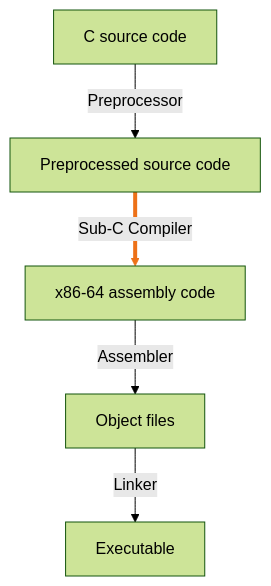
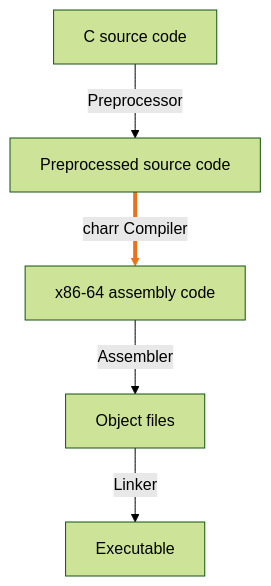
One commit to joshuanunn/charr changed the diagram in README.md. Above: the diagram before and after it, drawn with Mermaid. The commit also changed other lines of this file and 14 other files, not shown here.

Commit message:
Rename Sub-C compiler to charr

````diff
--- a/README.md
+++ b/README.md
@@ -115,19 +118,19 @@
 ```mermaid
 ---
 config:
   theme: 'forest'
 ---
 flowchart TB
     A["C source code"]
     B["Preprocessed source code"]
     C["x86-64 assembly code"]
     D["Object files"]
     E["Executable"]
 
     A -- "Preprocessor" --> B
-    B -- "Sub-C Compiler" --> C
+    B -- "charr Compiler" --> C
     C -- "Assembler" --> D
     D -- "Linker" --> E
 
     linkStyle 1 stroke-width:4px,stroke:#ed7118,text-fill:#ed7118,text-bg-color:#ed7118
 ```
````
